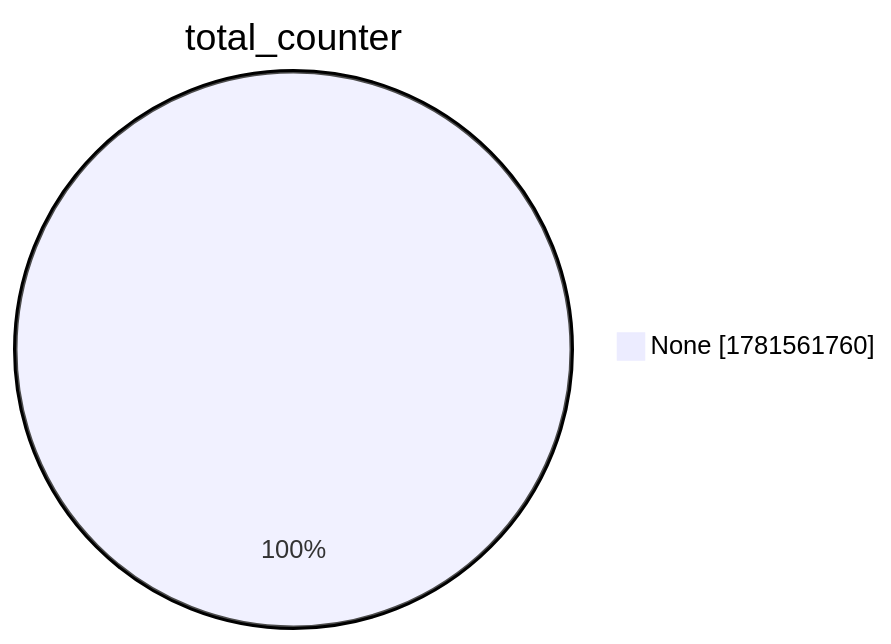
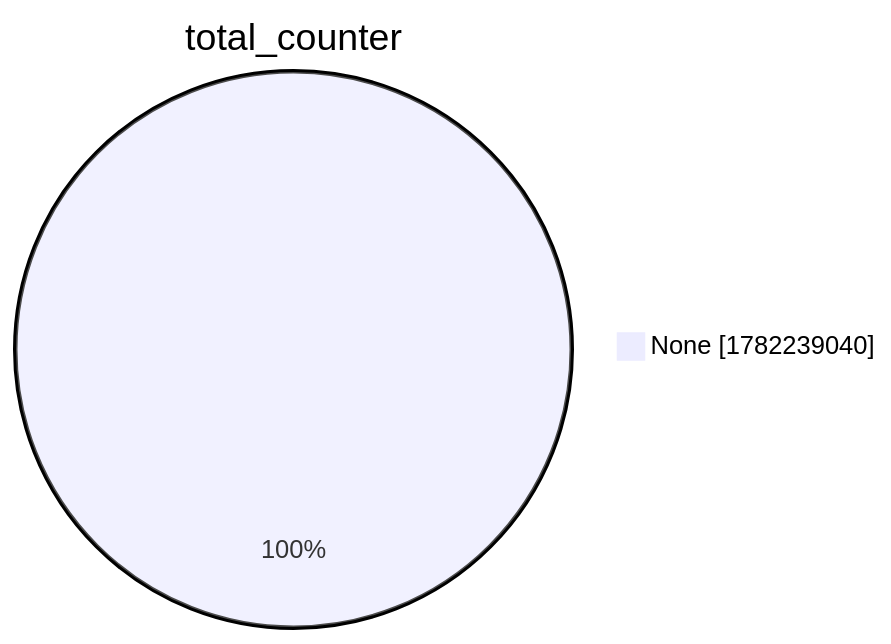
The second of 15 diagrams in xenon2022/README.md (christiankrug/ctmonitor_visualization), drawn with Mermaid before and after one commit. The commit also changed other lines of this file, not shown here.

````diff
--- a/xenon2022/README.md
+++ b/xenon2022/README.md
@@ -9,5 +9,5 @@
 ```mermaid
 pie showData
 title total_counter
-"None" :1781561760
+"None" :1782239040
 ```
````
